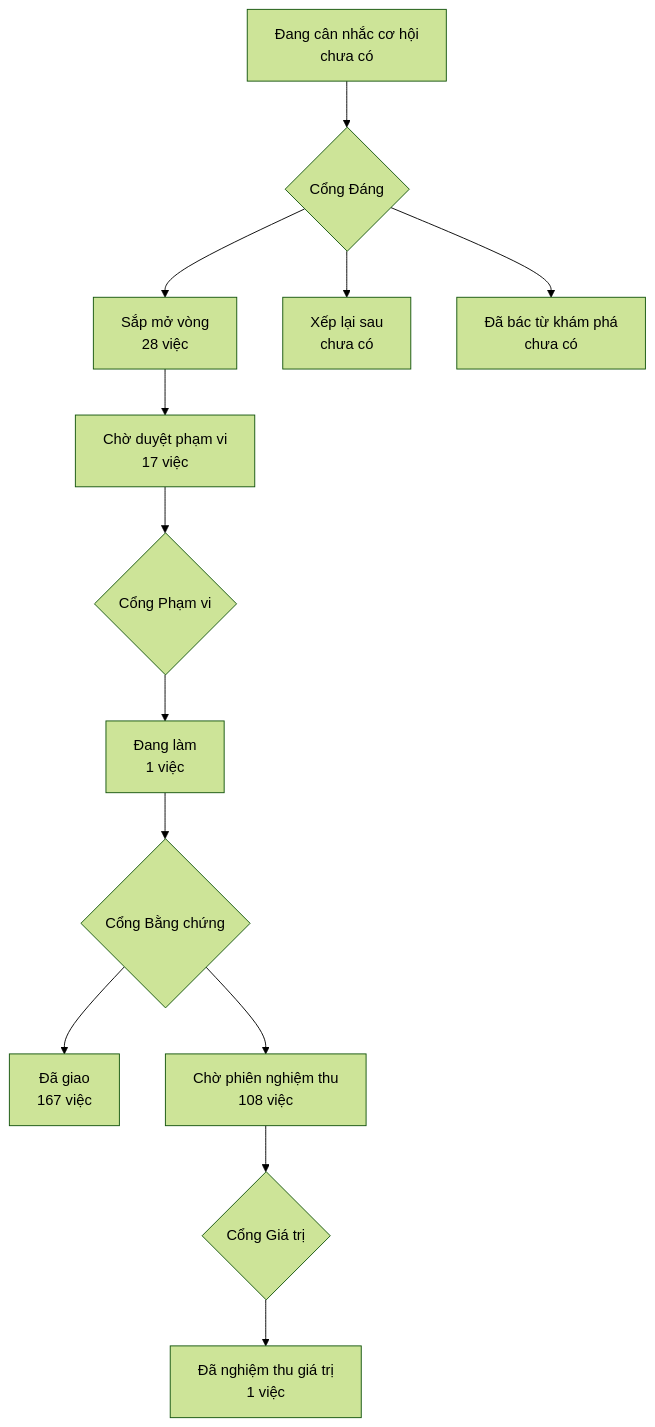
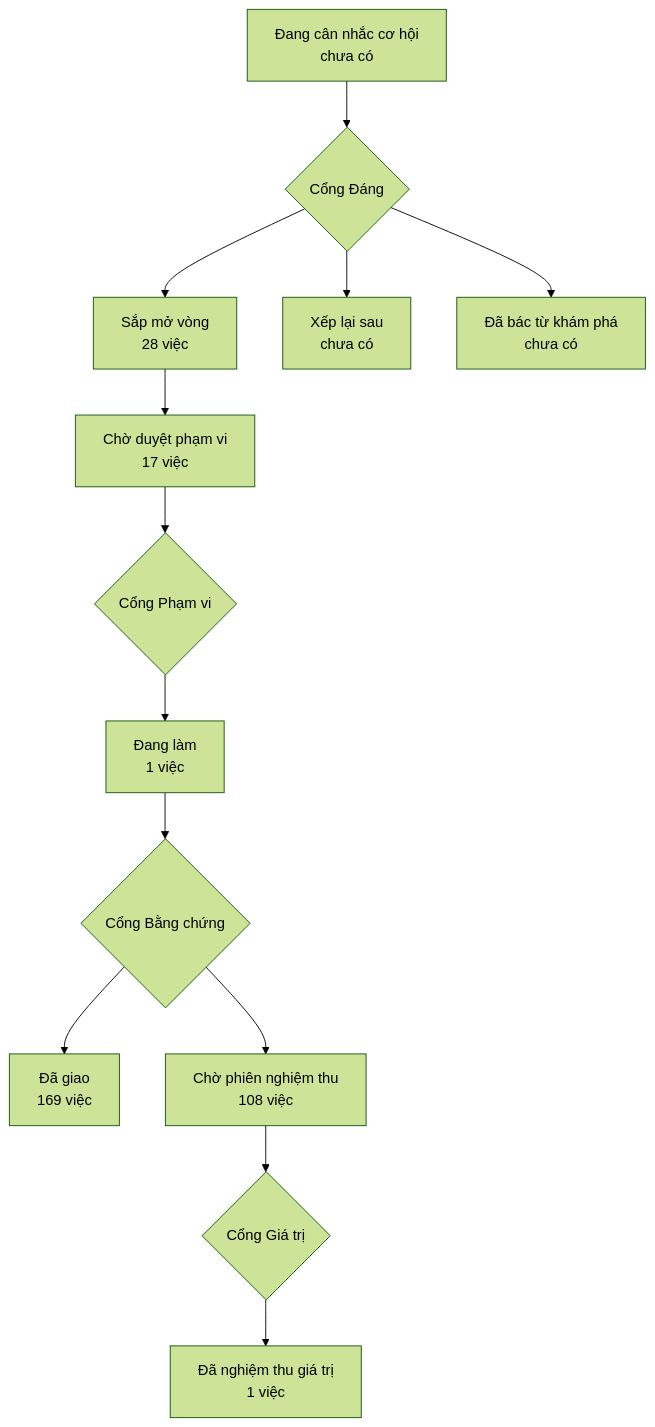
The diagram in PRODUCT-MAP.md (phanlemanh/onehub-invest), drawn with Mermaid (forest theme) before and after one commit. The commit also changed other lines of this file and 6 other files, not shown here.

````diff
--- a/PRODUCT-MAP.md
+++ b/PRODUCT-MAP.md
@@ -7,12 +7,12 @@
 ```mermaid
 flowchart TD
   A["Đang cân nhắc cơ hội<br/>chưa có"] --> GD{"Cổng Đáng"}
   GD --> B["Sắp mở vòng<br/>28 việc"]
   GD --> XL["Xếp lại sau<br/>chưa có"]
   GD --> DB["Đã bác từ khám phá<br/>chưa có"]
   B --> CD["Chờ duyệt phạm vi<br/>17 việc"] --> GP{"Cổng Phạm vi"}
   GP --> DL["Đang làm<br/>1 việc"] --> GB{"Cổng Bằng chứng"}
-  GB --> DG["Đã giao<br/>167 việc"]
+  GB --> DG["Đã giao<br/>169 việc"]
   GB --> CN["Chờ phiên nghiệm thu<br/>108 việc"] --> GG{"Cổng Giá trị"}
   GG --> NT["Đã nghiệm thu giá trị<br/>1 việc"]
 ```
````
